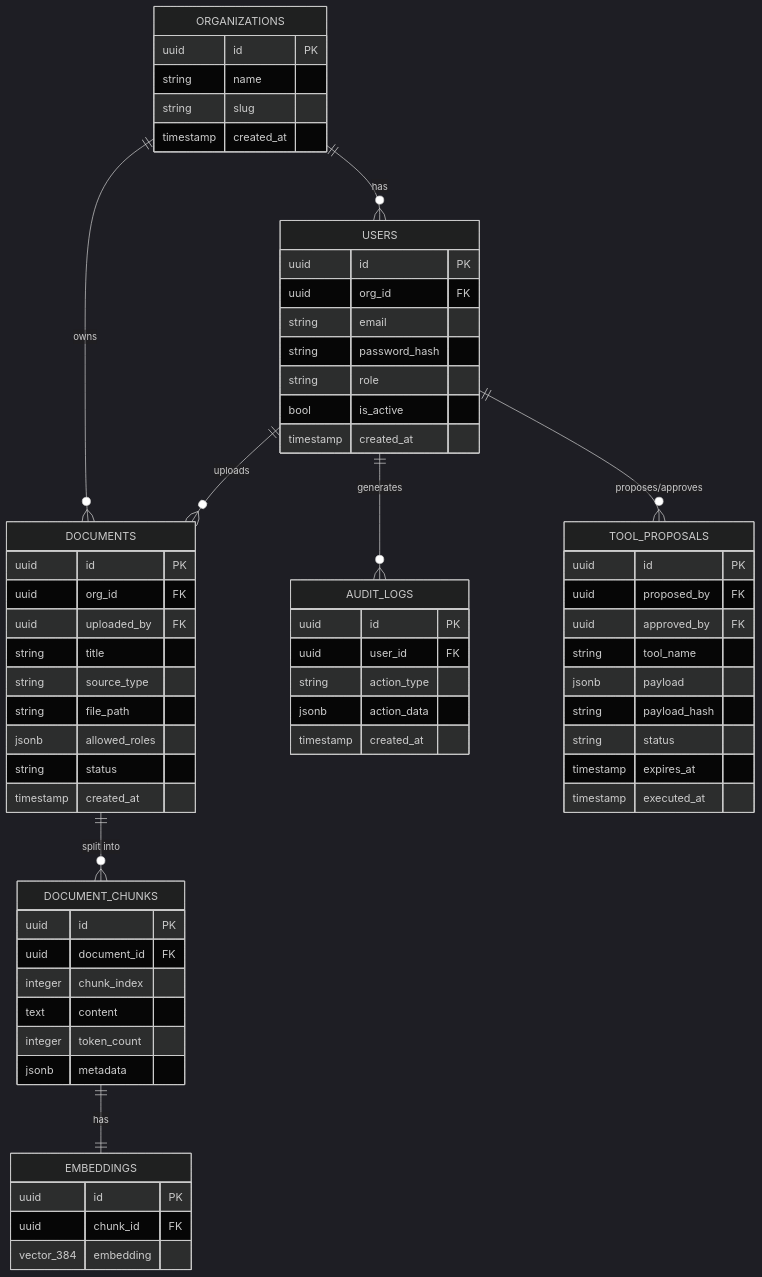
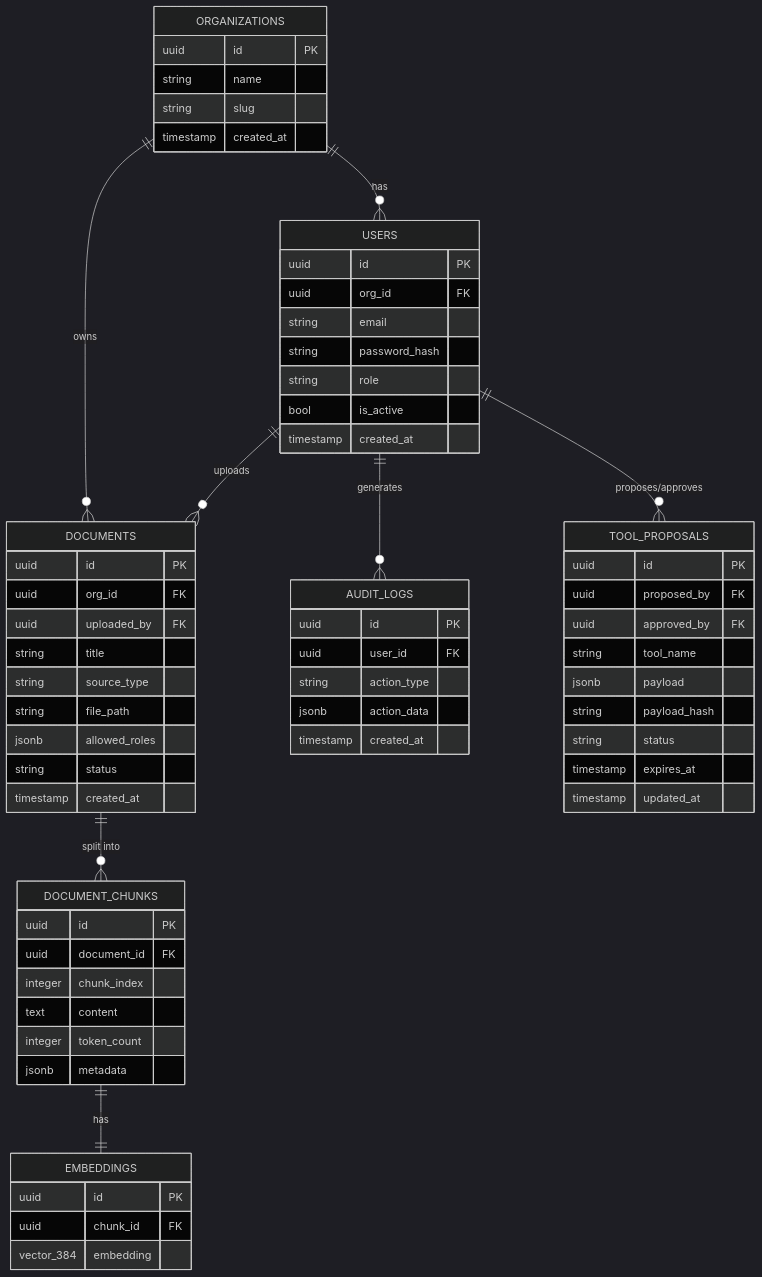
The fifth of 6 diagrams in docs/ARCHITECTURE.md (Hassan092-prog/KNEXUS), drawn with Mermaid (dark theme) before and after one commit. The commit also changed other lines of this file and 14 other files, not shown here.

Commit message:
docs: add comprehensive system architecture, API specifications, and project planning guides

````diff
--- a/docs/ARCHITECTURE.md
+++ b/docs/ARCHITECTURE.md
@@ -155,74 +164,74 @@
 ```mermaid
 erDiagram
     ORGANIZATIONS {
         uuid id PK
         string name
         string slug
         timestamp created_at
     }
 
     USERS {
         uuid id PK
         uuid org_id FK
         string email
         string password_hash
         string role
         bool is_active
         timestamp created_at
     }
 
     DOCUMENTS {
         uuid id PK
         uuid org_id FK
         uuid uploaded_by FK
         string title
         string source_type
         string file_path
         jsonb allowed_roles
         string status
         timestamp created_at
     }
 
     DOCUMENT_CHUNKS {
         uuid id PK
         uuid document_id FK
         integer chunk_index
         text content
         integer token_count
         jsonb metadata
     }
 
     EMBEDDINGS {
         uuid id PK
         uuid chunk_id FK
         vector_384 embedding
     }
 
     AUDIT_LOGS {
         uuid id PK
         uuid user_id FK
         string action_type
         jsonb action_data
         timestamp created_at
     }
 
     TOOL_PROPOSALS {
         uuid id PK
         uuid proposed_by FK
         uuid approved_by FK
         string tool_name
         jsonb payload
         string payload_hash
         string status
         timestamp expires_at
-        timestamp executed_at
+        timestamp updated_at
     }
 
     ORGANIZATIONS ||--o{ USERS : "has"
     ORGANIZATIONS ||--o{ DOCUMENTS : "owns"
     USERS ||--o{ DOCUMENTS : "uploads"
     DOCUMENTS ||--o{ DOCUMENT_CHUNKS : "split into"
     DOCUMENT_CHUNKS ||--|| EMBEDDINGS : "has"
     USERS ||--o{ AUDIT_LOGS : "generates"
     USERS ||--o{ TOOL_PROPOSALS : "proposes/approves"
 ```
````
